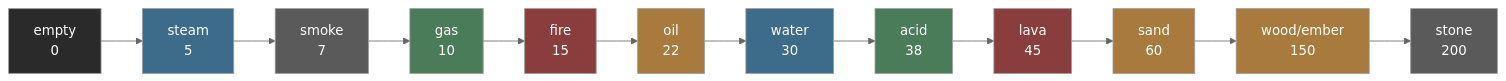
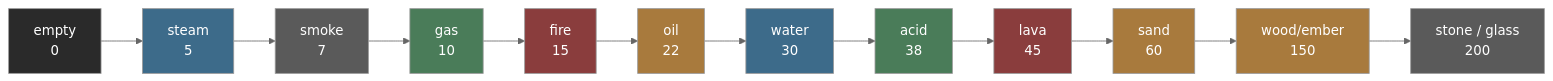
The third of 7 diagrams in docs/Sand/Adding-a-Material.md (jose-villegas/esp32-c6-dev), drawn with Mermaid (neutral theme) before and after one commit. The commit also changed other lines of this file, not shown here.

First line of the commit message:
Update the material guide for glass

````diff
--- a/docs/Sand/Adding-a-Material.md
+++ b/docs/Sand/Adding-a-Material.md
@@ -197,17 +197,17 @@
 ```mermaid
 flowchart LR
-    E["empty\n0"] --> S["steam\n5"] --> K["smoke\n7"] --> G["gas\n10"] --> F["fire\n15"] --> X["oil\n22"] --> W["water\n30"] --> AC["acid\n38"] --> LV["lava\n45"] --> A["sand\n60"] --> D["wood/ember\n150"] --> T["stone\n200"]
+    E["empty\n0"] --> S["steam\n5"] --> K["smoke\n7"] --> G["gas\n10"] --> F["fire\n15"] --> X["oil\n22"] --> W["water\n30"] --> AC["acid\n38"] --> LV["lava\n45"] --> A["sand\n60"] --> D["wood/ember\n150"] --> T["stone / glass\n200"]
 
     style E fill:#2a2a2a,color:#fff
     style S fill:#3d6b8a,color:#fff
     style K fill:#5a5a5a,color:#fff
     style G fill:#4a7c59,color:#fff
     style F fill:#8a3d3d,color:#fff
     style W fill:#3d6b8a,color:#fff
     style A fill:#a87a3d,color:#fff
     style D fill:#a87a3d,color:#fff
     style T fill:#5a5a5a,color:#fff
     style X fill:#a87a3d,color:#fff
     style LV fill:#8a3d3d,color:#fff
     style AC fill:#4a7c59,color:#fff
 ```
````
